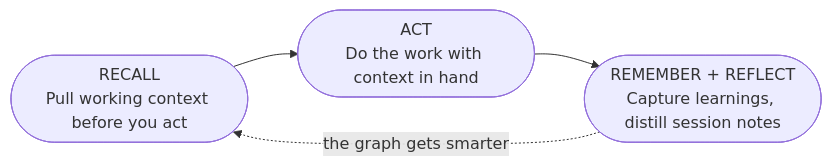
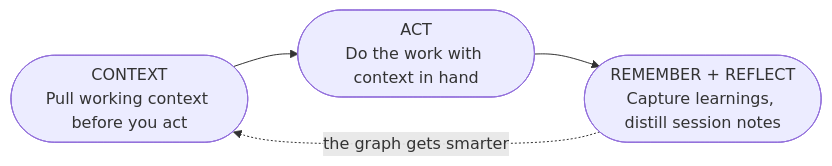
One commit to hyperb1iss/sibyl changed the diagram in docs/guide/index.md. Above: the diagram before and after it, drawn with Mermaid. The commit also changed other lines of this file and 48 other files, not shown here.

````diff
--- a/docs/guide/index.md
+++ b/docs/guide/index.md
@@ -95,8 +95,8 @@
 ```mermaid
 flowchart LR
-    R(["RECALL<br/>Pull working context before you act"])
+    R(["CONTEXT<br/>Pull working context before you act"])
     A(["ACT<br/>Do the work with context in hand"])
     M(["REMEMBER + REFLECT<br/>Capture learnings, distill session notes"])
     R --> A --> M
     M -.->|the graph gets smarter| R
 ```
````
